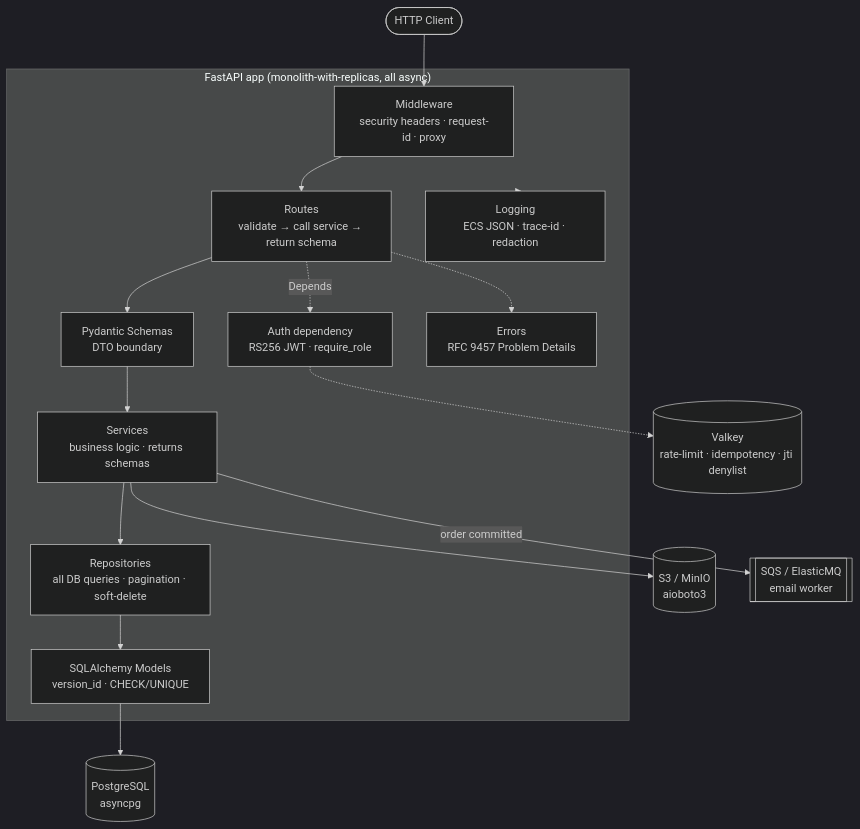
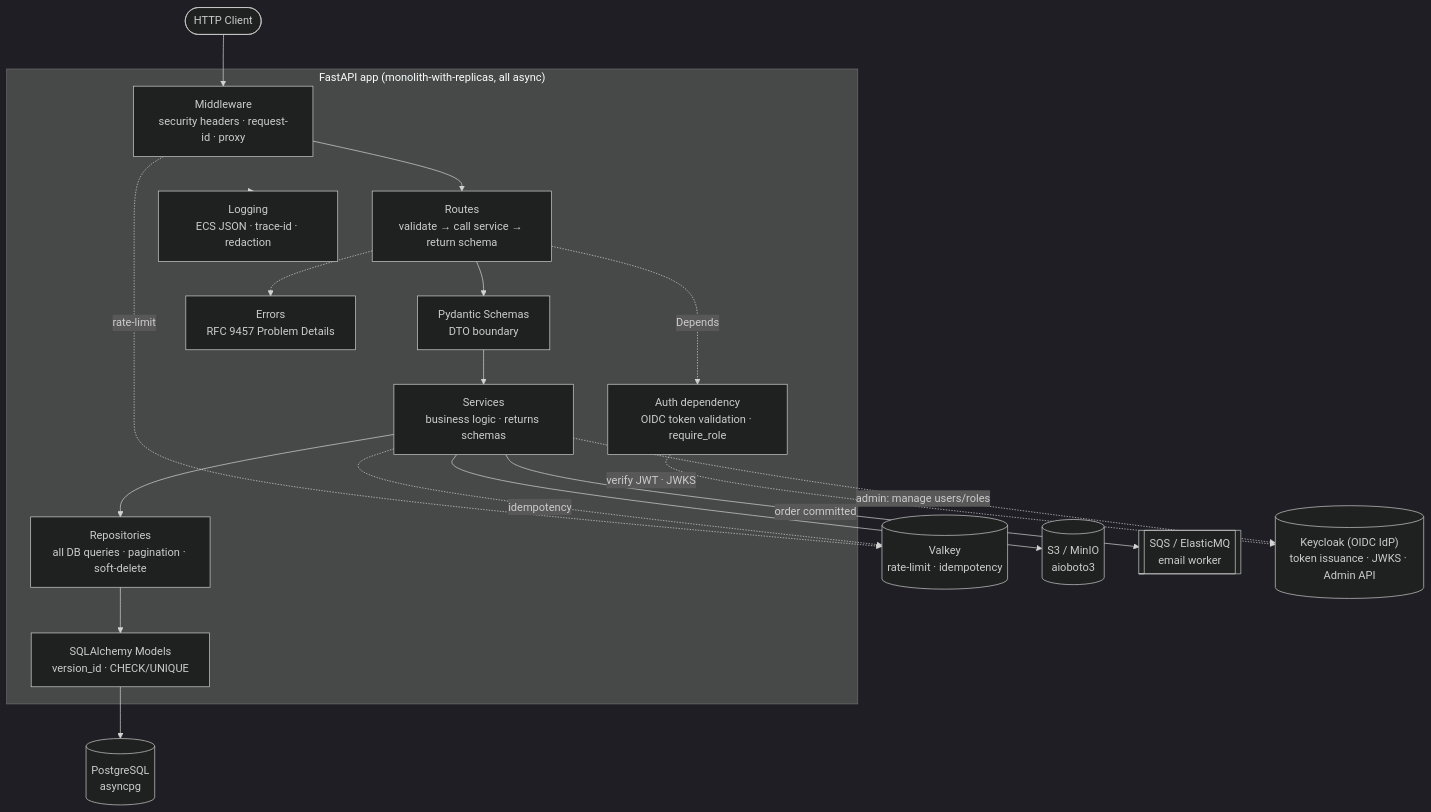
One commit to KRISHNATEJATATA/scalable-ecommerce-backend changed the diagram in docs/architecture.md. Above: the diagram before and after it, drawn with Mermaid (dark theme). The commit also changed other lines of this file and 130 other files, not shown here.

First line of the commit message:
Split src into module packages with schema-per-module (#2)

````diff
--- a/docs/architecture.md
+++ b/docs/architecture.md
@@ -26,29 +26,33 @@
 ```mermaid
 flowchart TD
   Client([HTTP Client])
   subgraph App["FastAPI app (monolith-with-replicas, all async)"]
     MW["Middleware<br/>security headers · request-id · proxy"]
     Route["Routes<br/>validate → call service → return schema"]
     Schema["Pydantic Schemas<br/>DTO boundary"]
     Service["Services<br/>business logic · returns schemas"]
     Repo["Repositories<br/>all DB queries · pagination · soft-delete"]
     Model["SQLAlchemy Models<br/>version_id · CHECK/UNIQUE"]
-    Auth["Auth dependency<br/>RS256 JWT · require_role"]
+    Auth["Auth dependency<br/>OIDC token validation · require_role"]
     Errors["Errors<br/>RFC 9457 Problem Details"]
     Log["Logging<br/>ECS JSON · trace-id · redaction"]
   end
   PG[("PostgreSQL<br/>asyncpg")]
-  VK[("Valkey<br/>rate-limit · idempotency · jti denylist")]
+  VK[("Valkey<br/>rate-limit · idempotency")]
   S3[("S3 / MinIO<br/>aioboto3")]
   SQS[["SQS / ElasticMQ<br/>email worker"]]
+  KC[("Keycloak (OIDC IdP)<br/>token issuance · JWKS · Admin API")]
 
   Client --> MW --> Route
   Route --> Schema --> Service
   Route -.->|Depends| Auth
-  Auth -.-> VK
+  Auth -.->|verify JWT · JWKS| KC
+  Service -.->|admin: manage users/roles| KC
+  MW -.->|rate-limit| VK
+  Service -.->|idempotency| VK
   Service --> Repo --> Model --> PG
   Service --> S3
   Service -->|order committed| SQS
   Route -.-> Errors
   App -.-> Log
 ```
````
